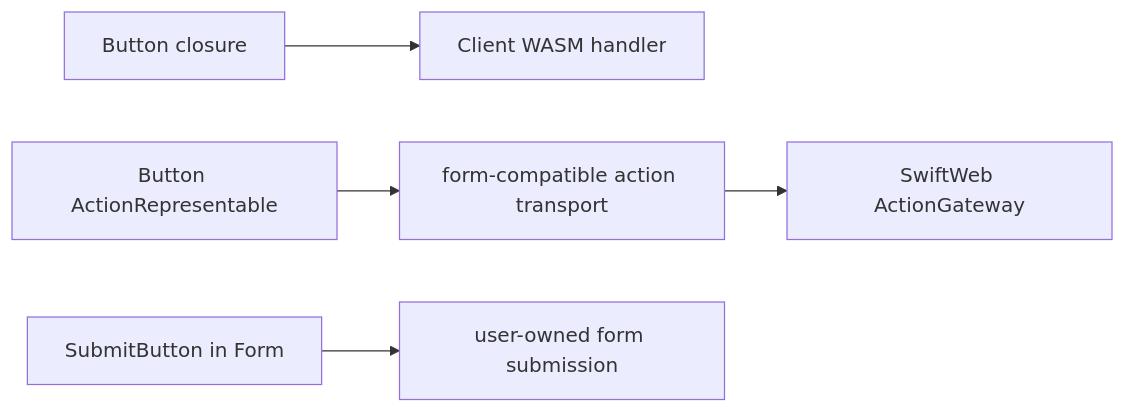
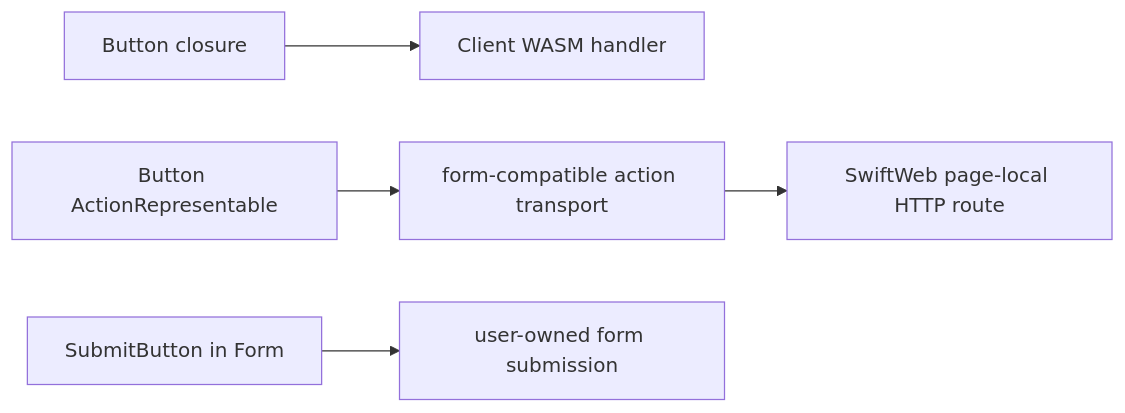
One commit to 1amageek/swift-web changed the fourth of 4 diagrams in Sources/SwiftWebUI/README.md. Above: the diagram before and after it, drawn with Mermaid. The commit also changed other lines of this file and 354 other files, not shown here.

````diff
--- a/Sources/SwiftWebUI/README.md
+++ b/Sources/SwiftWebUI/README.md
@@ -147,7 +147,7 @@
 ```mermaid
 flowchart LR
   A["Button closure"] --> B["Client WASM handler"]
   C["Button ActionRepresentable"] --> D["form-compatible action transport"]
-  D --> E["SwiftWeb ActionGateway"]
+  D --> E["SwiftWeb page-local HTTP route"]
   F["SubmitButton in Form"] --> G["user-owned form submission"]
 ```
````
